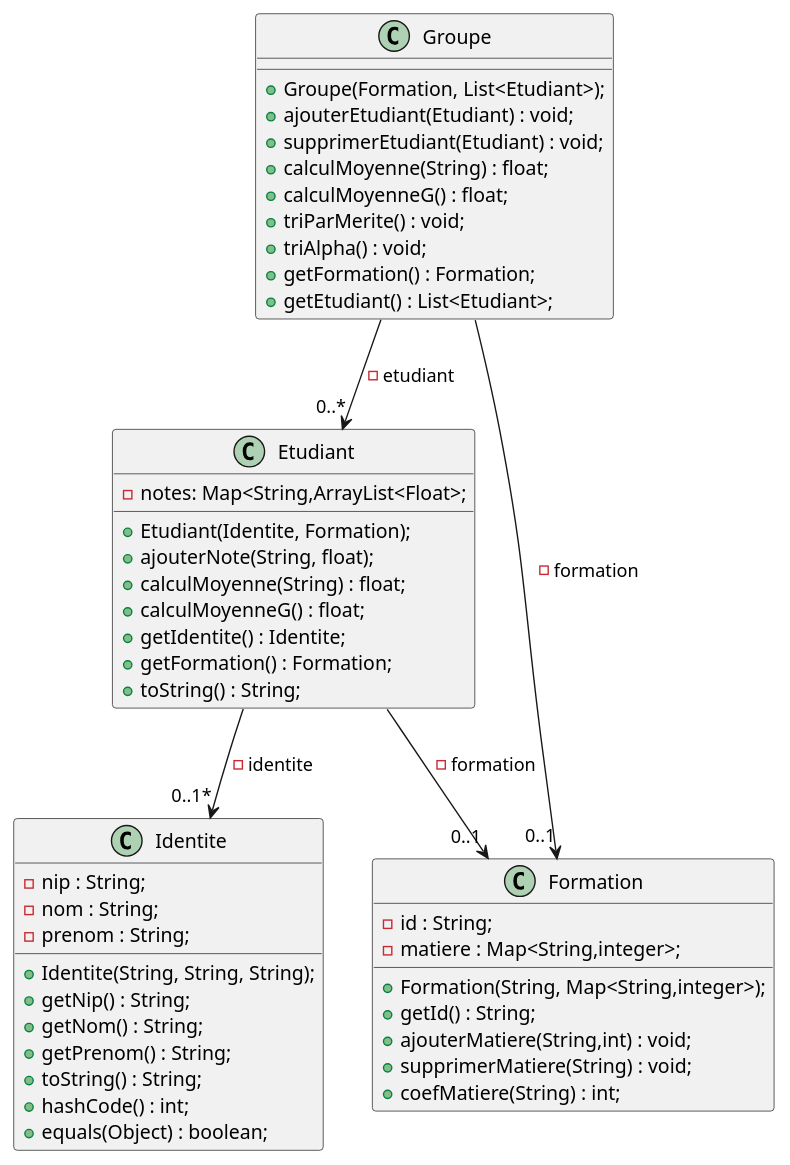
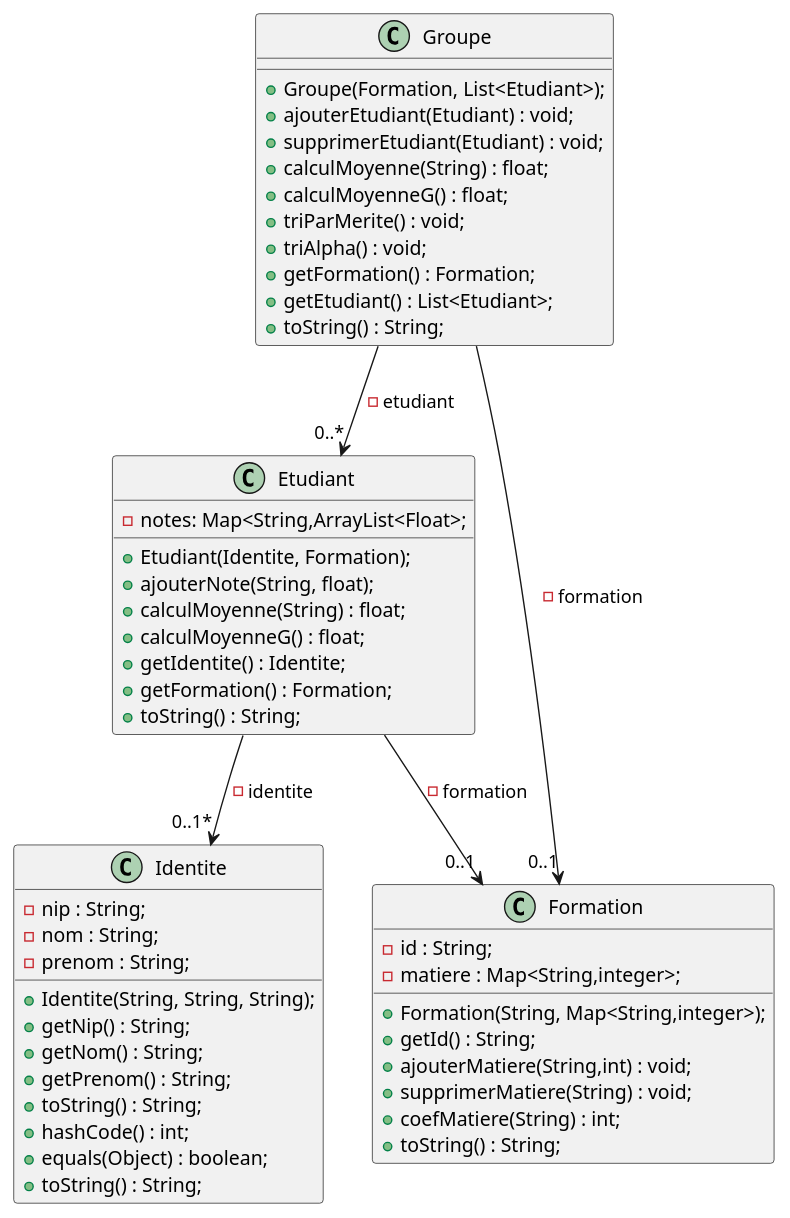
The diagram in documents/DiagClasse.puml (Wass54/Ex3-CPOA-ElBakhtaoui-Karakaya), drawn with PlantUML before and after one commit. The commit also changed 1 other file, not shown here.

Commit message:
Changement du diagramme de classe

```diff
--- a/documents/DiagClasse.puml
+++ b/documents/DiagClasse.puml
@@ -1,71 +1,74 @@
 @startuml
 
 '''classes 
 
 class Identite{
 
     - nip : String;
     - nom : String;
     - prenom : String;
 
     + Identite(String, String, String);
     + getNip() : String;
     + getNom() : String;
     + getPrenom() : String;
     + toString() : String;
     + hashCode() : int;
     + equals(Object) : boolean;
+    + toString() : String;
 
 }
 
 class Etudiant{
 
     - notes: Map<String,ArrayList<Float>;
 
     + Etudiant(Identite, Formation);
     + ajouterNote(String, float);
     + calculMoyenne(String) : float;
     + calculMoyenneG() : float;
     + getIdentite() : Identite;
     + getFormation() : Formation;
     + toString() : String;
 
 
 }
 
 class Formation{
 
     - id : String;
     - matiere : Map<String,integer>;
     
     + Formation(String, Map<String,integer>);
     + getId() : String;
     + ajouterMatiere(String,int) : void;
     + supprimerMatiere(String) : void;
     + coefMatiere(String) : int;
+    + toString() : String;
 
 }
 
 class Groupe{
 
     + Groupe(Formation, List<Etudiant>);
     + ajouterEtudiant(Etudiant) : void;
     + supprimerEtudiant(Etudiant) : void;
     + calculMoyenne(String) : float;
     + calculMoyenneG() : float;
     + triParMerite() : void;
     + triAlpha() : void;
     + getFormation() : Formation;
     + getEtudiant() : List<Etudiant>;
+    + toString() : String;
 }
 
 '''liaisons
 Etudiant  --> "0..1*" Identite : -identite
 Etudiant  --> "0..1" Formation : -formation
 Groupe  --> "0..*" Etudiant : -etudiant
 Groupe  --> "0..1" Formation : -formation
 
 
 
 
 @enduml
```
